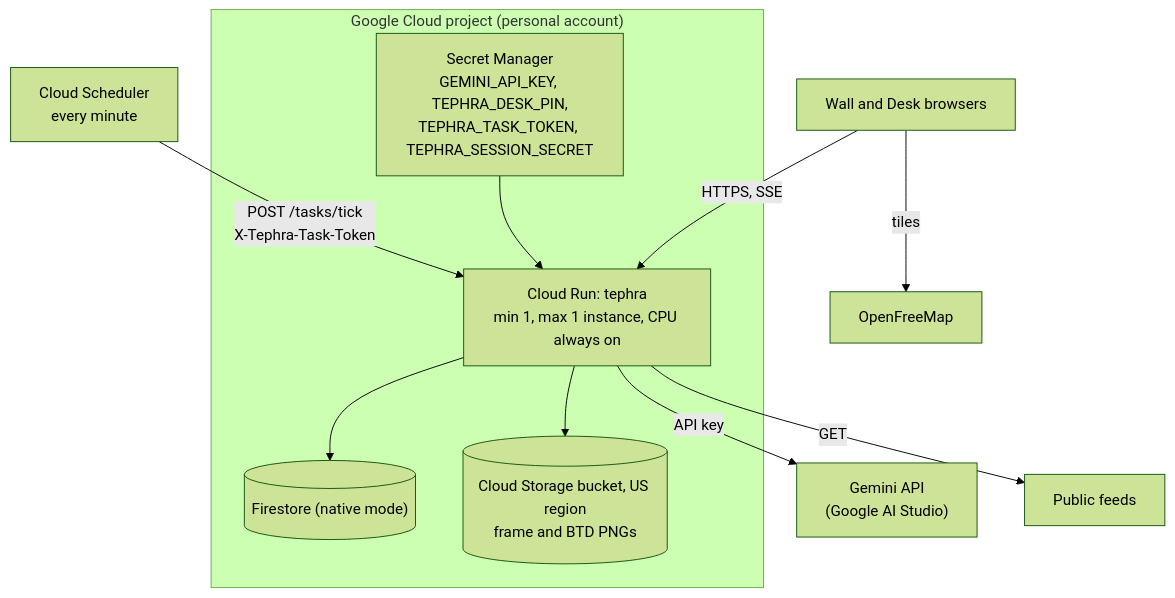
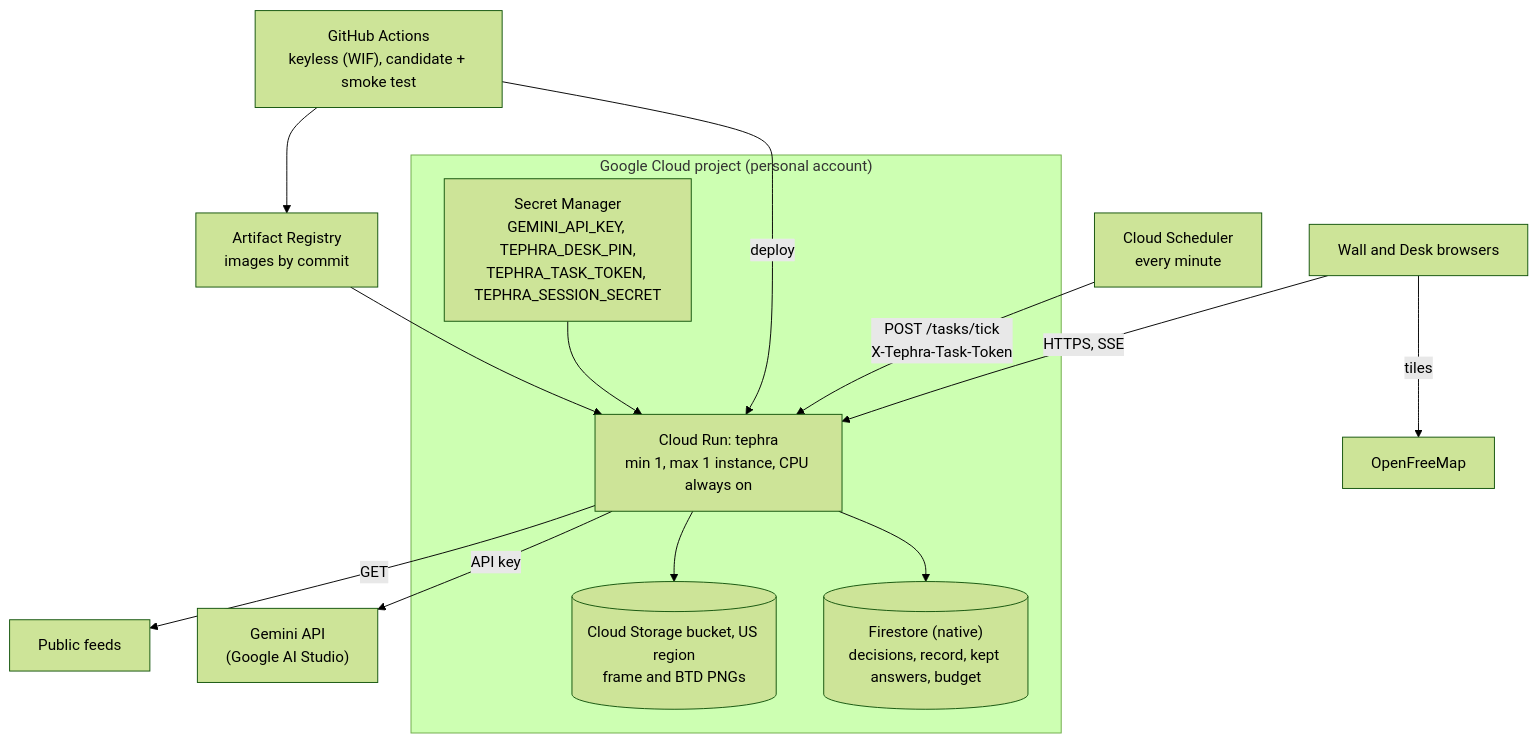
The second of 2 diagrams in docs/ARCHITECTURE.md (officialasishkumar/tephra-public), drawn with Mermaid (forest theme) before and after one commit. The commit also changed other lines of this file and 9 other files, not shown here.

Commit message:
Docs: README, glossary, evals, architecture

````diff
--- a/docs/ARCHITECTURE.md
+++ b/docs/ARCHITECTURE.md
@@ -247,17 +255,19 @@
 ```mermaid
 flowchart TB
+  GH["GitHub Actions<br/>keyless (WIF), candidate + smoke test"] -->|"deploy"| RUN
+  GH --> AR["Artifact Registry<br/>images by commit"] --> RUN
   SCHED["Cloud Scheduler<br/>every minute"] -->|"POST /tasks/tick<br/>X-Tephra-Task-Token"| RUN
   subgraph GCP["Google Cloud project (personal account)"]
     RUN["Cloud Run: tephra<br/>min 1, max 1 instance, CPU always on"]
     SM["Secret Manager<br/>GEMINI_API_KEY, TEPHRA_DESK_PIN,<br/>TEPHRA_TASK_TOKEN, TEPHRA_SESSION_SECRET"]
-    FS[("Firestore (native mode)")]
+    FS[("Firestore (native)<br/>decisions, record, kept answers, budget")]
     GCS[("Cloud Storage bucket, US region<br/>frame and BTD PNGs")]
     SM --> RUN
     RUN --> FS
     RUN --> GCS
   end
   RUN -->|"API key"| GEM["Gemini API<br/>(Google AI Studio)"]
   RUN -->|"GET"| FEEDS["Public feeds"]
   BROWSER["Wall and Desk browsers"] -->|"HTTPS, SSE"| RUN
   BROWSER -->|"tiles"| OFM["OpenFreeMap"]
 ```
````
